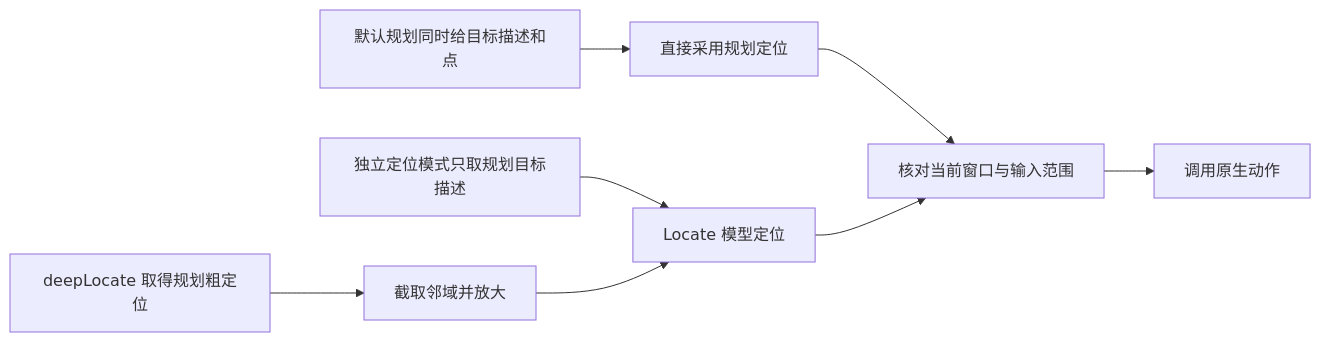
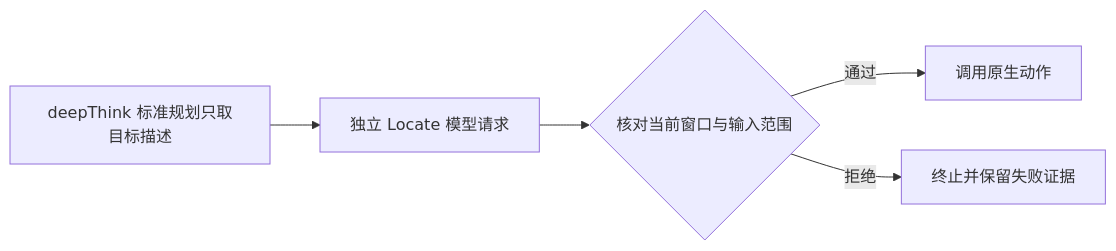
The second of 2 diagrams in docs/planning-evidence.md (HoldThatThgt/Har-GUI), drawn with Mermaid before and after one commit. The commit also changed other lines of this file and 3 other files, not shown here.

Commit message:
Separate standard planning and Locate from the first agent action

````diff
--- a/docs/planning-evidence.md
+++ b/docs/planning-evidence.md
@@ -63,10 +65,7 @@
 ```mermaid
 flowchart LR
-    Default[默认规划同时给目标描述和点] --> Direct[直接采用规划定位]
-    Separate[独立定位模式只取规划目标描述] --> Locate[Locate 模型定位]
-    Deep[deepLocate 取得规划粗定位] --> Crop[截取邻域并放大]
-    Crop --> Locate
-    Direct --> Scope[核对当前窗口与输入范围]
+    Plan[deepThink 标准规划只取目标描述] --> Locate[独立 Locate 模型请求]
     Locate --> Scope
-    Scope --> Native[调用原生动作]
+    Scope{核对当前窗口与输入范围} -->|通过| Native[调用原生动作]
+    Scope -->|拒绝| Stop[终止并保留失败证据]
 ```
````
